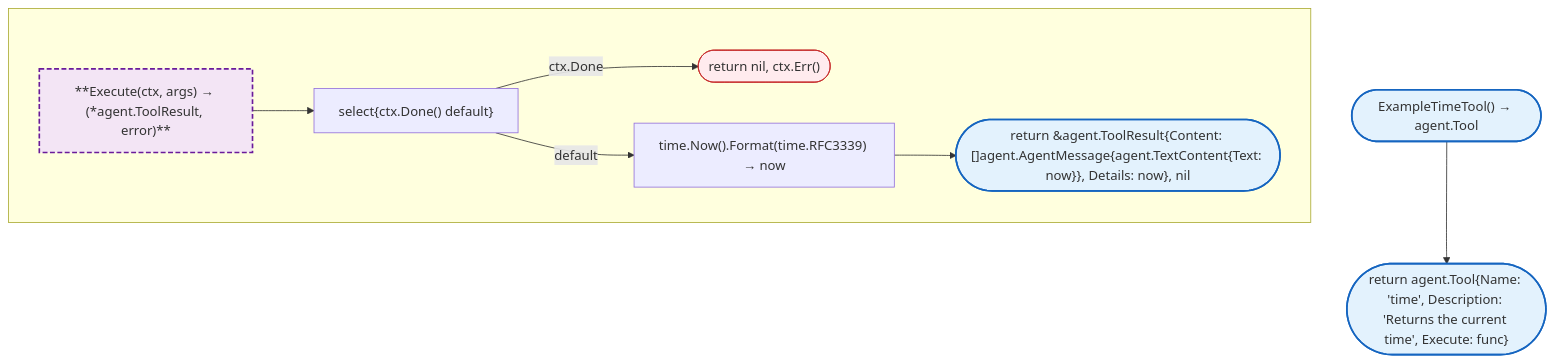
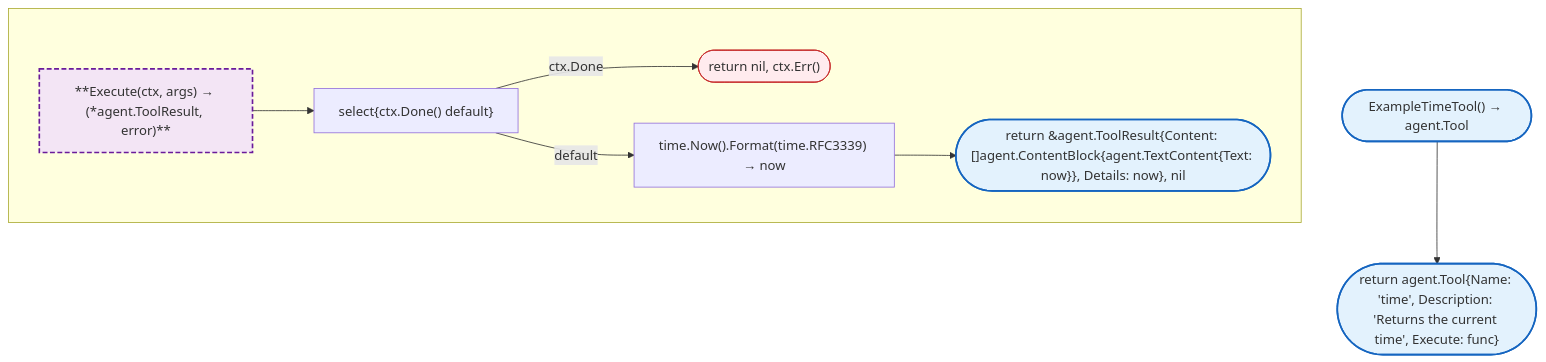
The seventh of 10 diagrams in docs/internal/agent/tools.md (radch-ai/ava), drawn with Mermaid before and after one commit. The commit also changed other lines of this file and 2 other files, not shown here.

First line of the commit message:
docs(agent): improve documentation structure and accuracy

````diff
--- a/docs/internal/agent/tools.md
+++ b/docs/internal/agent/tools.md
@@ -130,20 +130,20 @@
 ```mermaid
 flowchart TB
     Start(["ExampleTimeTool() → agent.Tool"]) --> ReturnTool(["return agent.Tool{Name: 'time', Description: 'Returns the current time', Execute: func}"])
 
     subgraph SGExecute [" "]
         HExecute["**Execute(ctx, args) → (*agent.ToolResult, error)**"]
         HExecute --> Select["select{ctx.Done() default}"]
         Select -->|ctx.Done| ReturnErr(["return nil, ctx.Err()"])
         Select -->|default| GetNow["time.Now().Format(time.RFC3339) → now"]
-        GetNow --> ReturnOk(["return &agent.ToolResult{Content: []agent.AgentMessage{agent.TextContent{Text: now}}, Details: now}, nil"])
+        GetNow --> ReturnOk(["return &agent.ToolResult{Content: []agent.ContentBlock{agent.TextContent{Text: now}}, Details: now}, nil"])
     end
 
     classDef mainFn fill:#e3f2fd,stroke:#1565c0,stroke-width:2px
     classDef internalFn fill:#f3e5f5,stroke:#6a1b9a,stroke-width:2px,stroke-dasharray:6 3
     classDef errorFlow fill:#ffebee,stroke:#c62828,stroke-width:1px
 
     class Start,ReturnTool,ReturnOk mainFn
     class HExecute internalFn
     class ReturnErr errorFlow
 ```
````
